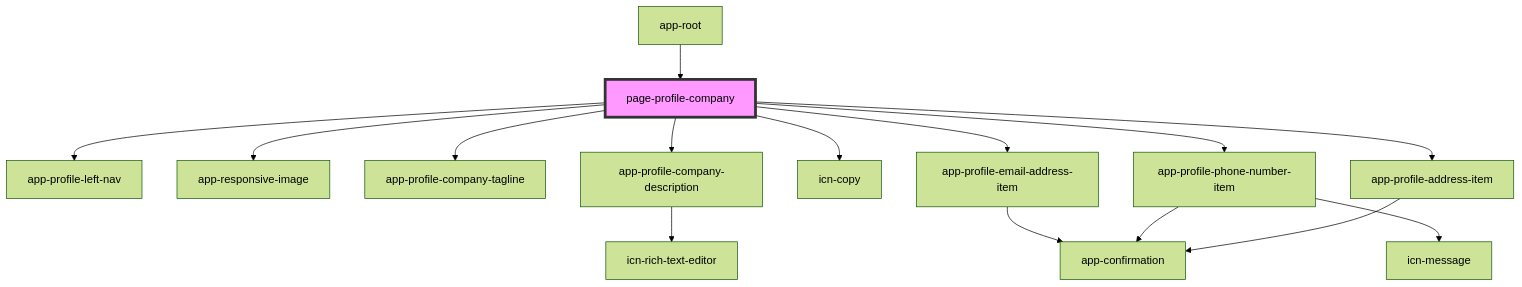
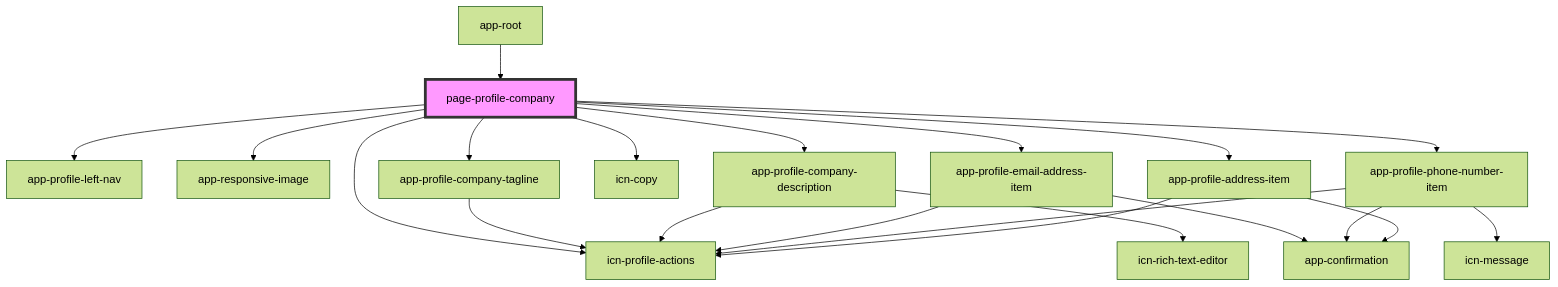
Before and after one commit to lokheed/IconEventNetwork.Web: the diagram in iconeventnetwork-web/src/components/pages/page-profile-company/readme.md, drawn with Mermaid (forest theme). The commit also changed other lines of this file and 37 other files, not shown here.

Commit message:
refactor profile edit/delete actions

````diff
--- a/iconeventnetwork-web/src/components/pages/page-profile-company/readme.md
+++ b/iconeventnetwork-web/src/components/pages/page-profile-company/readme.md
@@ -33,18 +34,24 @@
 ```mermaid
 graph TD;
   page-profile-company --> app-profile-left-nav
   page-profile-company --> app-responsive-image
+  page-profile-company --> icn-profile-actions
   page-profile-company --> app-profile-company-tagline
   page-profile-company --> app-profile-company-description
   page-profile-company --> icn-copy
   page-profile-company --> app-profile-email-address-item
   page-profile-company --> app-profile-phone-number-item
   page-profile-company --> app-profile-address-item
+  app-profile-company-tagline --> icn-profile-actions
+  app-profile-company-description --> icn-profile-actions
   app-profile-company-description --> icn-rich-text-editor
+  app-profile-email-address-item --> icn-profile-actions
   app-profile-email-address-item --> app-confirmation
   app-profile-phone-number-item --> icn-message
+  app-profile-phone-number-item --> icn-profile-actions
   app-profile-phone-number-item --> app-confirmation
+  app-profile-address-item --> icn-profile-actions
   app-profile-address-item --> app-confirmation
   app-root --> page-profile-company
   style page-profile-company fill:#f9f,stroke:#333,stroke-width:4px
 ```
````
